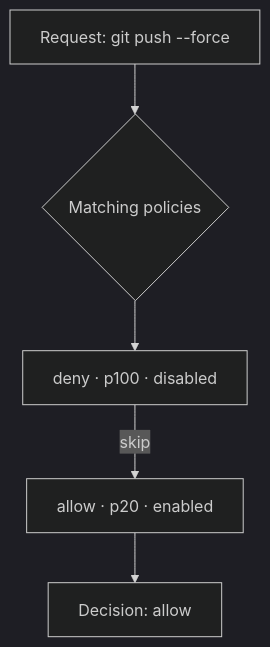
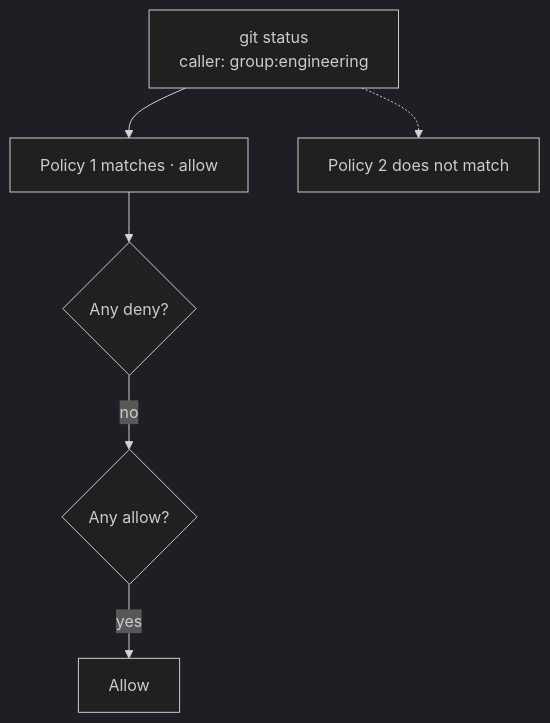
Before and after one commit to HaikeiLabs/docs: the fourth of 5 diagrams in content/kei/reference/how-kei-decides.md, drawn with Mermaid (dark theme). The commit also changed other lines of this file and 14 other files, not shown here.

First line of the commit message:
docs(kei): document deny-overrides policy decisions (HAI-620) (#32)

````diff
--- a/content/kei/reference/how-kei-decides.md
+++ b/content/kei/reference/how-kei-decides.md
@@ -147,7 +155,8 @@
 ```mermaid
 flowchart TD
-  A["Request: git push --force"] --> B{"Matching policies"}
-  B --> C["deny · p100 · disabled"]
-  C -->|"skip"| D["allow · p20 · enabled"]
-  D --> E["Decision: allow"]
+  A["git status<br/>caller: group:engineering"] --> B["Policy 1 matches · allow"]
+  A -.-> C["Policy 2 does not match"]
+  B --> D{"Any deny?"}
+  D -->|"no"| E{"Any allow?"}
+  E -->|"yes"| F["Allow"]
 ```
````
